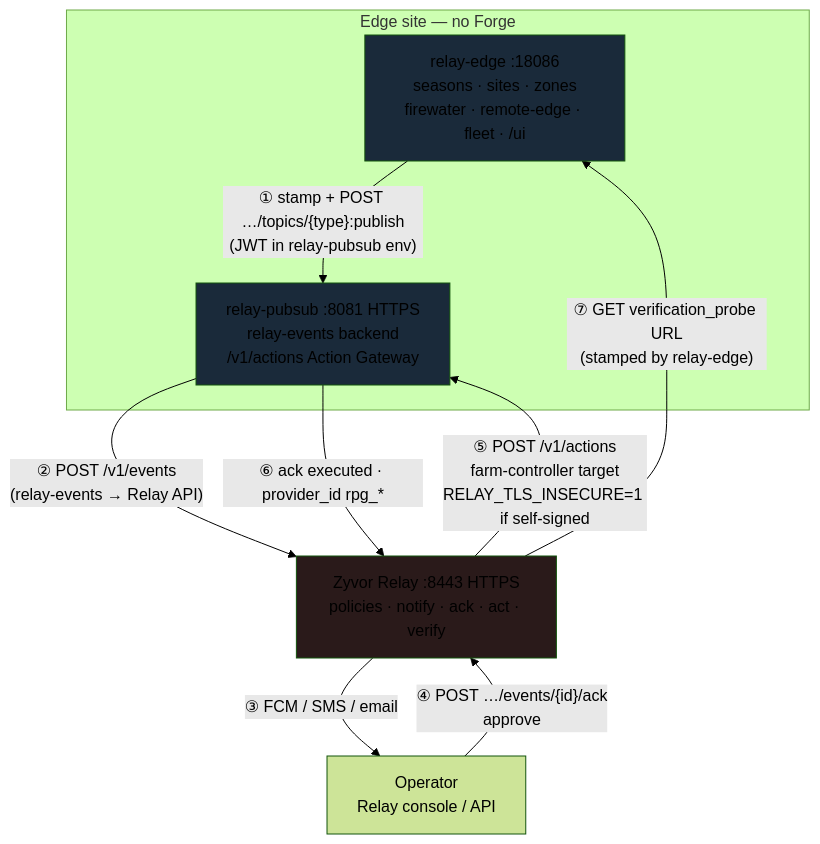
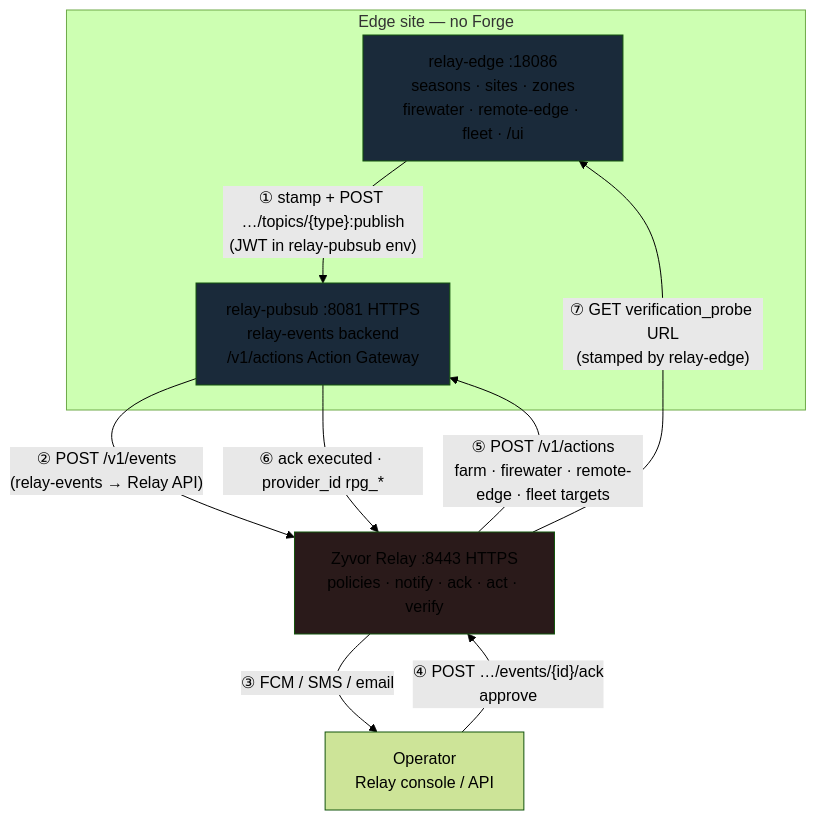
One commit to zyvorai/relay-edge changed the second of 8 diagrams in docs/INTEGRATION.md. Above: the diagram before and after it, drawn with Mermaid (forest theme). The commit also changed other lines of this file and 2 other files, not shown here.

First line of the commit message:
docs: describe all IoT families in no-Forge stack diagrams.

````diff
--- a/docs/INTEGRATION.md
+++ b/docs/INTEGRATION.md
@@ -88,23 +105,23 @@
 ```mermaid
 flowchart TB
   subgraph edge_site["Edge site — no Forge"]
     FE["relay-edge :18086\nseasons · sites · zones\nfirewater · remote-edge · fleet · /ui"]
     PS["relay-pubsub :8081 HTTPS\nrelay-events backend\n/v1/actions Action Gateway"]
   end
 
   RL["Zyvor Relay :8443 HTTPS\npolicies · notify · ack · act · verify"]
 
   OP["Operator\nRelay console / API"]
 
   FE -->|"① stamp + POST …/topics/{type}:publish\n(JWT in relay-pubsub env)"| PS
   PS -->|"② POST /v1/events\n(relay-events → Relay API)"| RL
   RL -->|"③ FCM / SMS / email"| OP
   OP -->|"④ POST …/events/{id}/ack\napprove"| RL
-  RL -->|"⑤ POST /v1/actions\nfarm-controller target\nRELAY_TLS_INSECURE=1 if self-signed"| PS
+  RL -->|"⑤ POST /v1/actions\nfarm · firewater · remote-edge · fleet targets"| PS
   PS -->|"⑥ ack executed · provider_id rpg_*"| RL
   RL -->|"⑦ GET verification_probe URL\n(stamped by relay-edge)"| FE
 
   style FE fill:#1a2a3a
   style PS fill:#1a2a3a
   style RL fill:#2a1a1a
 ```
````
